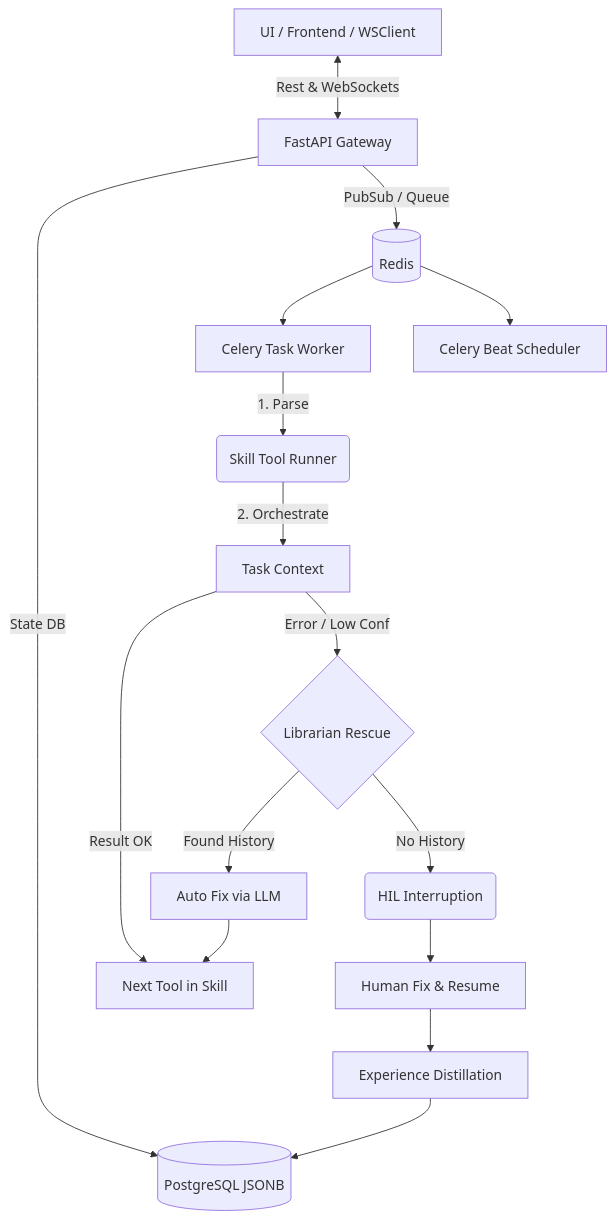
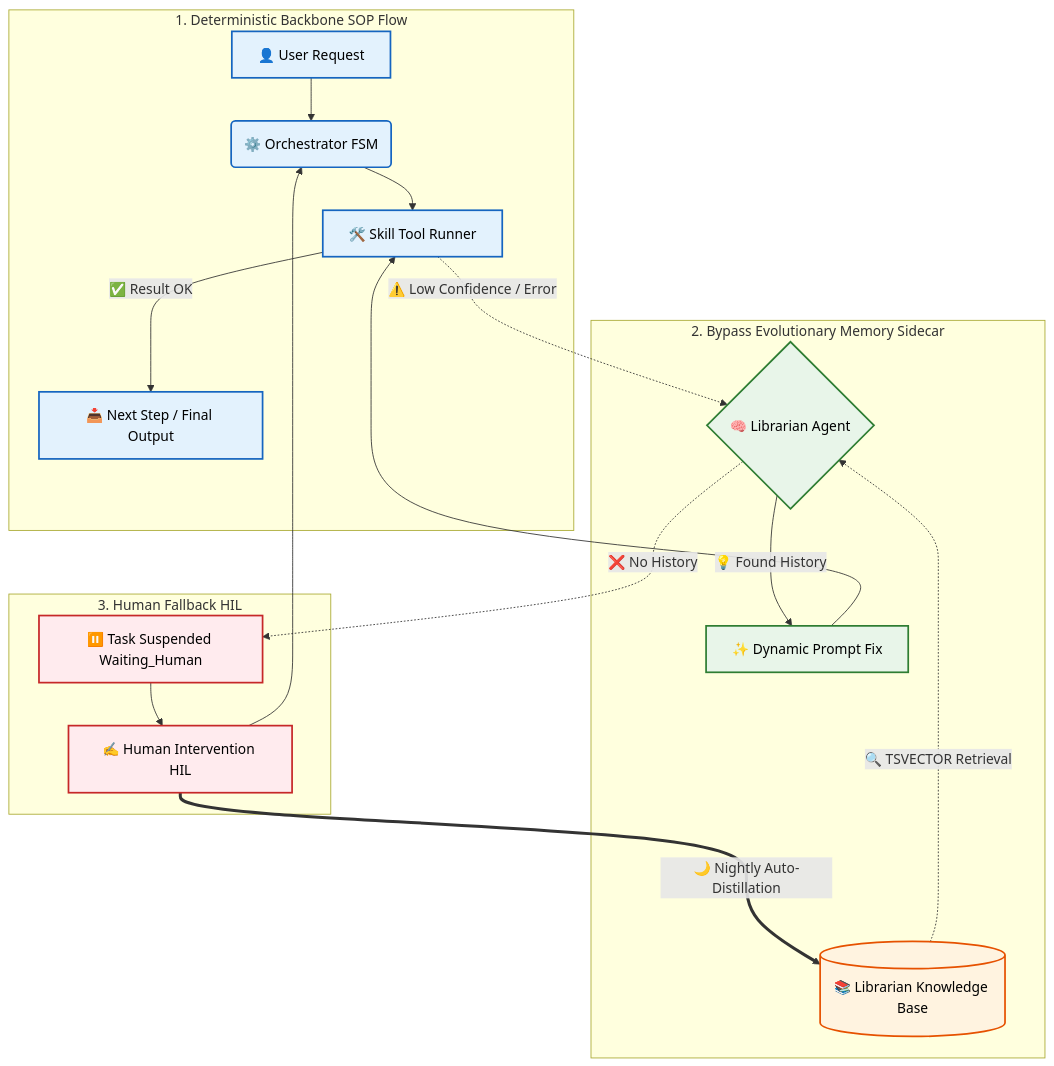
One commit to Marcolexxx/Fast-Closure-Report changed the third of 4 diagrams in README.md. Above: the diagram before and after it, drawn with Mermaid. The commit also changed other lines of this file and 5 other files, not shown here.

````diff
--- a/README.md
+++ b/README.md
@@ -20,23 +143,36 @@
 ```mermaid
 graph TD
-    A[UI / Frontend / WSClient] <-->|Rest & WebSockets| B[FastAPI Gateway]
-    B -->|State DB| C[(PostgreSQL JSONB)]
-    B -->|PubSub / Queue| D[(Redis)]
-    
-    D --> E[Celery Task Worker]
-    D --> F[Celery Beat Scheduler]
-    
-    E -->|1. Parse| G(Skill Tool Runner)
-    G -->|2. Orchestrate| H[Task Context]
-    
-    H -- "Result OK" --> I[Next Tool in Skill]
-    H -- "Error / Low Conf" --> J{Librarian Rescue}
-    
-    J -- "Found History" --> K[Auto Fix via LLM]
-    K --> I
-    
-    J -- "No History" --> L(HIL Interruption)
-    L --> M[Human Fix & Resume]
-    M --> N[Experience Distillation]
-    N --> C
+    %% Define Styles
+    classDef mainFlow fill:#e3f2fd,stroke:#1565c0,stroke-width:2px,color:#000
+    classDef bypass fill:#e8f5e9,stroke:#2e7d32,stroke-width:2px,color:#000
+    classDef hil fill:#ffebee,stroke:#c62828,stroke-width:2px,color:#000
+    classDef db fill:#fff3e0,stroke:#e65100,stroke-width:2px,shape:cylinder,color:#000
+
+    subgraph SG1 [1. Deterministic Backbone SOP Flow]
+        A[👤 User Request] --> B(⚙️ Orchestrator FSM)
+        B --> C[🛠️ Skill Tool Runner]
+        C -- "✅ Result OK" --> D[📥 Next Step / Final Output]
+    end
+
+    subgraph SG2 [2. Bypass Evolutionary Memory Sidecar]
+        C -. "⚠️ Low Confidence / Error" .-> E{🧠 Librarian Agent}
+        DB[(📚 Librarian Knowledge Base)] -. "🔍 TSVECTOR Retrieval" .-> E
+        E -- "💡 Found History" --> F[✨ Dynamic Prompt Fix]
+        F --> C
+    end
+
+    subgraph SG3 [3. Human Fallback HIL]
+        E -. "❌ No History" .-> G[⏸️ Task Suspended Waiting_Human]
+        G --> H[✍️ Human Intervention HIL]
+        H --> B
+    end
+
+    %% Experience Distillation Closed-loop
+    H == "🌙 Nightly Auto-Distillation" ===> DB
+
+    %% Apply Styles
+    class A,B,C,D mainFlow;
+    class E,F bypass;
+    class G,H hil;
+    class DB db;
 ```
````
